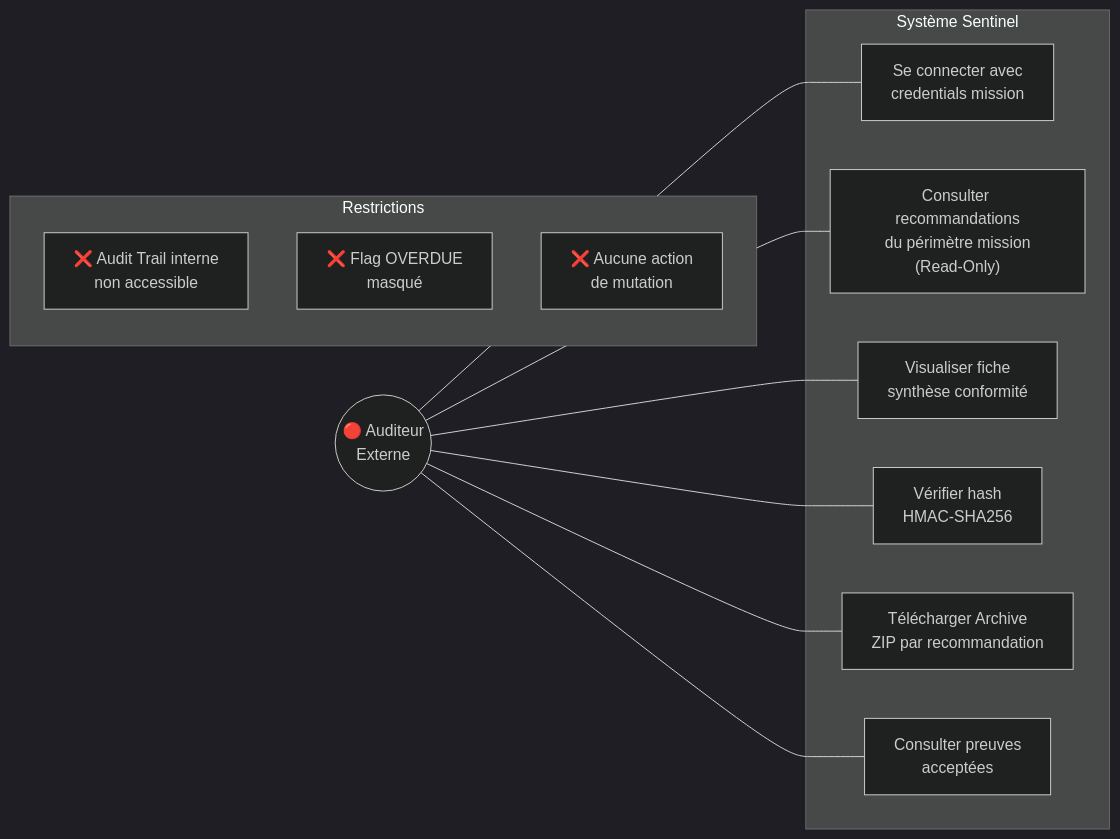
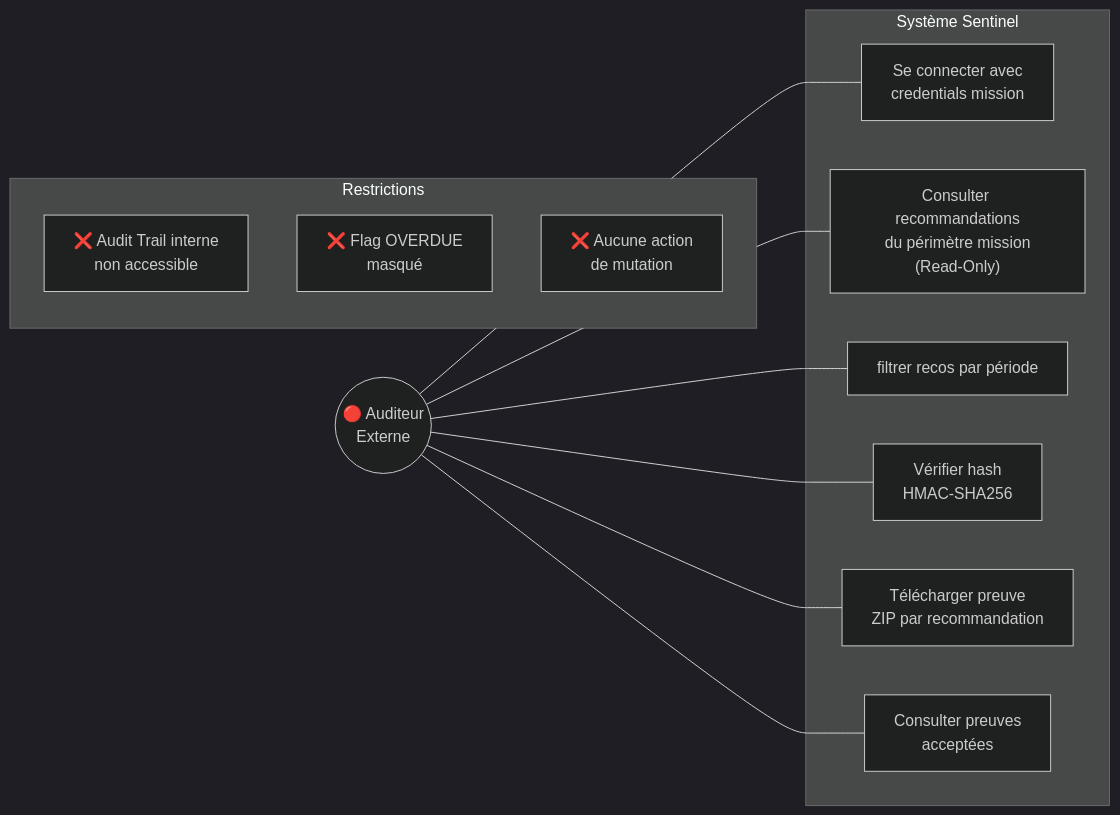
Before and after one commit to Tchendjou2003/bicec--Sentinel: the eighth of 24 diagrams in _bmad-output/planning-artifacts/architecture-v2.md, drawn with Mermaid (dark theme). The commit also changed other lines of this file and 7 other files, not shown here.

Commit message:
feat: add planning artifacts including UX design specifications, architecture, and project documentation

````diff
--- a/_bmad-output/planning-artifacts/architecture-v2.md
+++ b/_bmad-output/planning-artifacts/architecture-v2.md
@@ -758,26 +794,26 @@
 ```mermaid
 flowchart LR
     subgraph "Système Sentinel"
         UC1["Se connecter avec\ncredentials mission"]
         UC2["Consulter recommandations\ndu périmètre mission\n(Read-Only)"]
-        UC3["Visualiser fiche\nsynthèse conformité"]
+        UC3["filtrer recos par période"]
         UC4["Vérifier hash\nHMAC-SHA256"]
-        UC5["Télécharger Archive\nZIP par recommandation"]
+        UC5["Télécharger preuve\nZIP par recommandation"]
         UC6["Consulter preuves\nacceptées"]
     end
 
     subgraph "Restrictions"
         R1["❌ Audit Trail interne\nnon accessible"]
         R2["❌ Flag OVERDUE\nmasqué"]
         R3["❌ Aucune action\nde mutation"]
     end
 
     EXT(("🔴 Auditeur\nExterne"))
 
     EXT --- UC1
     EXT --- UC2
     EXT --- UC3
     EXT --- UC4
     EXT --- UC5
     EXT --- UC6
 ```
````
